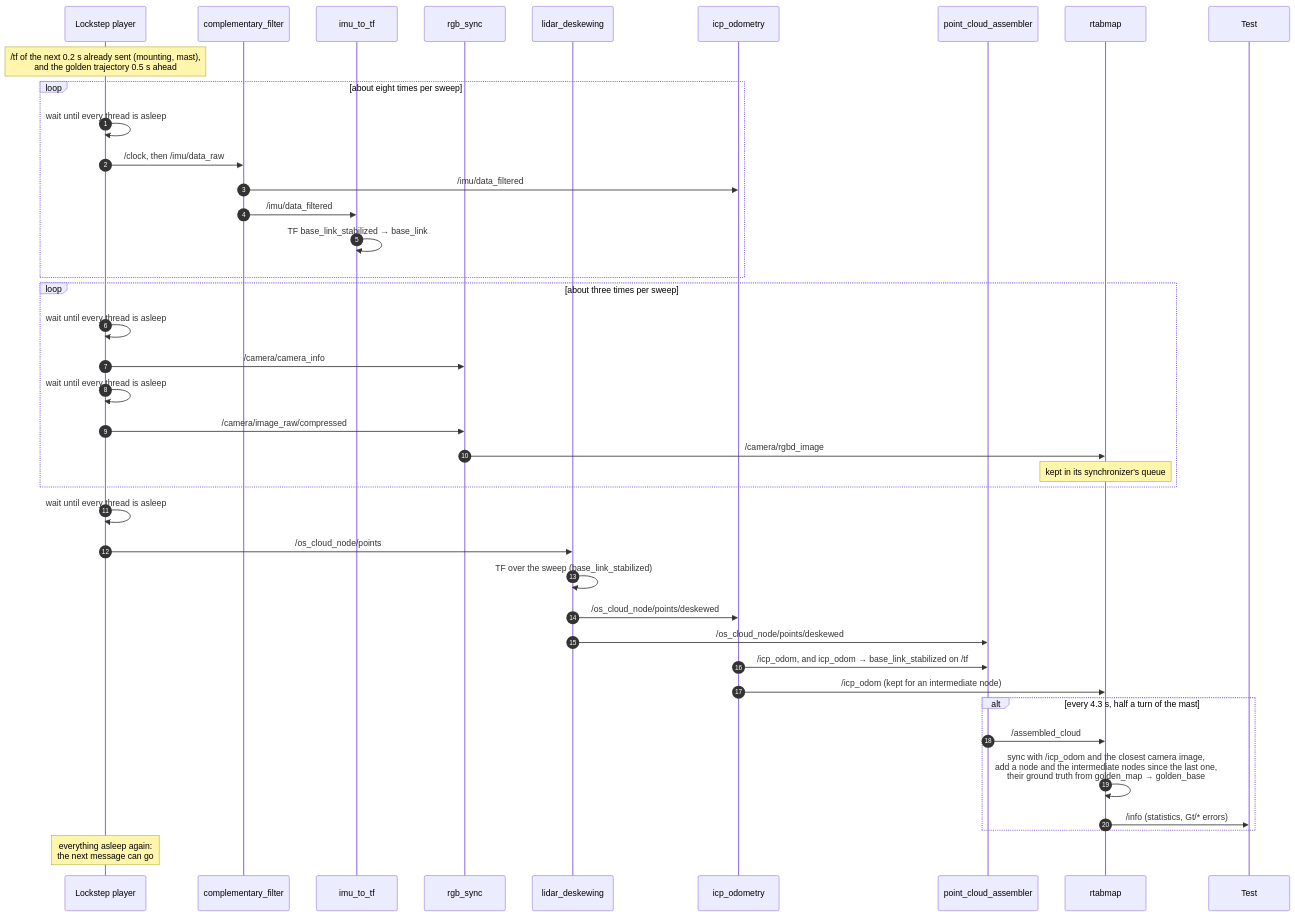
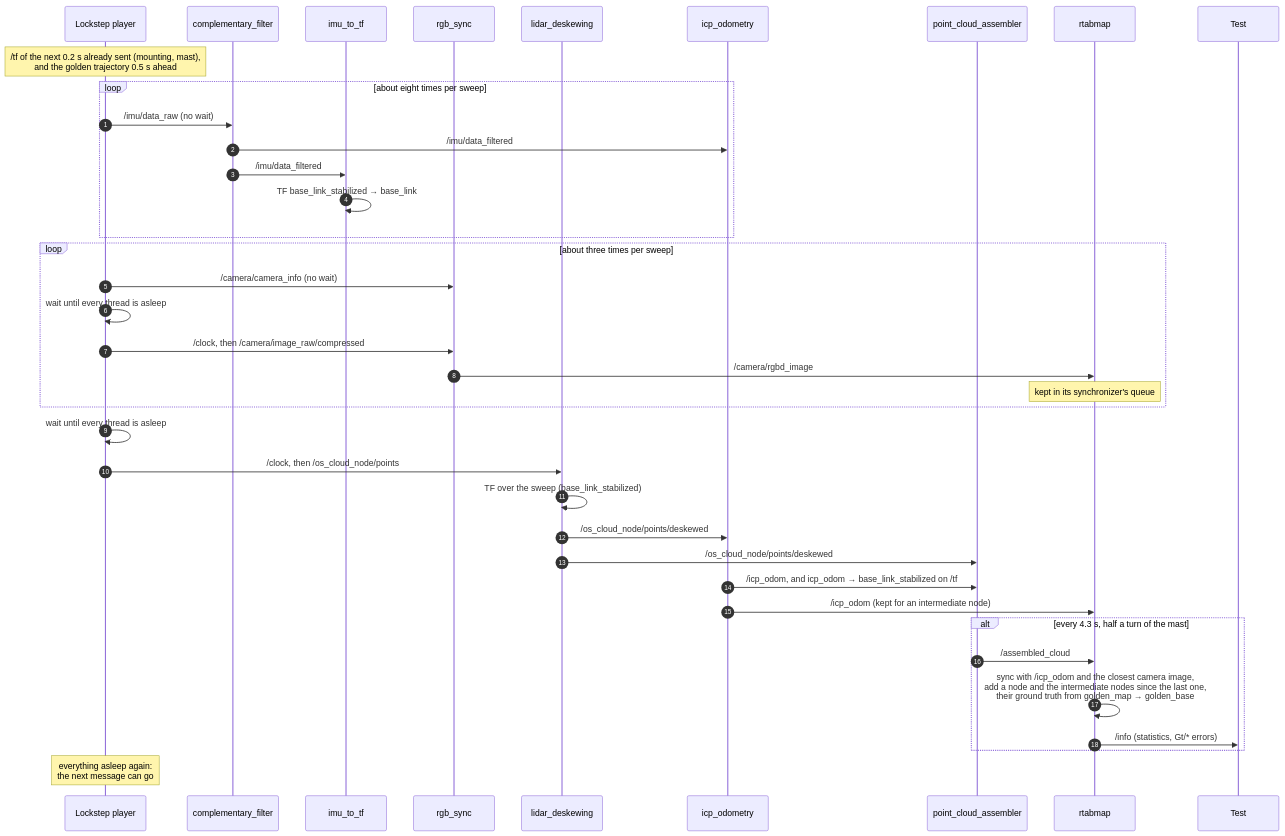
One commit to introlab/rtabmap_ros changed the third of 3 diagrams in rtabmap_demos/test/README.md. Above: the diagram before and after it, drawn with Mermaid. The commit also changed other lines of this file and 7 other files, not shown here.

````diff
--- a/rtabmap_demos/test/README.md
+++ b/rtabmap_demos/test/README.md
@@ -152,46 +152,44 @@
 ```mermaid
 sequenceDiagram
     autonumber
     participant P as Lockstep player
     participant F as complementary_filter
     participant U as imu_to_tf
     participant C as rgb_sync
     participant D as lidar_deskewing
     participant O as icp_odometry
     participant A as point_cloud_assembler
     participant M as rtabmap
     participant T as Test
 
     Note over P: /tf of the next 0.2 s already sent (mounting, mast),<br/>and the golden trajectory 0.5 s ahead
 
     loop about eight times per sweep
-        P->>P: wait until every thread is asleep
-        P->>F: /clock, then /imu/data_raw
+        P->>F: /imu/data_raw (no wait)
         F->>O: /imu/data_filtered
         F->>U: /imu/data_filtered
         U->>U: TF base_link_stabilized → base_link
     end
 
     loop about three times per sweep
+        P->>C: /camera/camera_info (no wait)
         P->>P: wait until every thread is asleep
-        P->>C: /camera/camera_info
-        P->>P: wait until every thread is asleep
-        P->>C: /camera/image_raw/compressed
+        P->>C: /clock, then /camera/image_raw/compressed
         C->>M: /camera/rgbd_image
         Note over M: kept in its synchronizer's queue
     end
 
     P->>P: wait until every thread is asleep
-    P->>D: /os_cloud_node/points
+    P->>D: /clock, then /os_cloud_node/points
     D->>D: TF over the sweep (base_link_stabilized)
     D->>O: /os_cloud_node/points/deskewed
     D->>A: /os_cloud_node/points/deskewed
     O->>A: /icp_odom, and icp_odom → base_link_stabilized on /tf
     O->>M: /icp_odom (kept for an intermediate node)
     alt every 4.3 s, half a turn of the mast
         A->>M: /assembled_cloud
         M->>M: sync with /icp_odom and the closest camera image,<br/>add a node and the intermediate nodes since the last one,<br/>their ground truth from golden_map → golden_base
         M->>T: /info (statistics, Gt/* errors)
     end
     Note over P: everything asleep again:<br/>the next message can go
 ```
````
